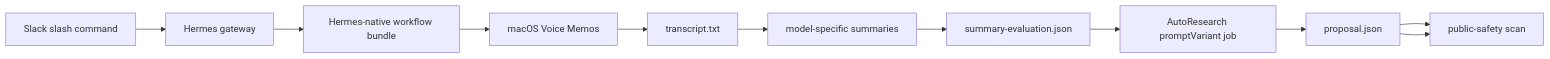
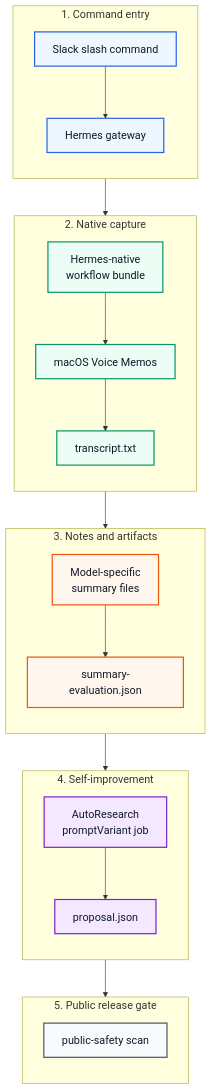
The diagram in docs/architecture.md (jbelnick/meeting-intelligence-pipelines), drawn with Mermaid before and after one commit.

Commit message:
Make system map easier to read

````diff
--- a/docs/architecture.md
+++ b/docs/architecture.md
@@ -7,13 +7,49 @@
 ```mermaid
-flowchart LR
-    Slack["Slack slash command"] --> Hermes["Hermes gateway"]
-    Hermes --> Bundle["Hermes-native workflow bundle"]
-    Bundle --> Mac["macOS Voice Memos"]
-    Mac --> Transcript["transcript.txt"]
-    Transcript --> Summaries["model-specific summaries"]
-    Summaries --> Eval["summary-evaluation.json"]
-    Eval --> Research["AutoResearch promptVariant job"]
-    Research --> Promotion["proposal.json"]
-    Promotion --> Safety["public-safety scan"]
-    Promotion --> Safety
+%%{init: {"flowchart": {"curve": "basis", "nodeSpacing": 52, "rankSpacing": 62}, "themeVariables": {"fontSize": "18px", "fontFamily": "Inter, ui-sans-serif, system-ui"}}}%%
+flowchart TB
+    subgraph Entry["1. Command entry"]
+        direction TB
+        Slack["Slack slash command"]
+        Hermes["Hermes gateway"]
+    end
+
+    subgraph Capture["2. Native capture"]
+        direction TB
+        Bundle["Hermes-native<br/>workflow bundle"]
+        Mac["macOS Voice Memos"]
+        Transcript["transcript.txt"]
+    end
+
+    subgraph Notes["3. Notes and artifacts"]
+        direction TB
+        Summaries["Model-specific<br/>summary files"]
+        Eval["summary-evaluation.json"]
+    end
+
+    subgraph Research["4. Self-improvement"]
+        direction TB
+        Job["AutoResearch<br/>promptVariant job"]
+        Proposal["proposal.json"]
+    end
+
+    subgraph Safety["5. Public release gate"]
+        direction TB
+        Scan["public-safety scan"]
+    end
+
+    Slack --> Hermes --> Bundle --> Mac --> Transcript
+    Transcript --> Summaries --> Eval
+    Eval --> Job --> Proposal --> Scan
+
+    classDef entry fill:#eef6ff,stroke:#2563eb,stroke-width:2px,color:#0f172a
+    classDef capture fill:#ecfdf5,stroke:#059669,stroke-width:2px,color:#0f172a
+    classDef notes fill:#fff7ed,stroke:#ea580c,stroke-width:2px,color:#111827
+    classDef research fill:#f3e8ff,stroke:#7e22ce,stroke-width:2px,color:#111827
+    classDef safety fill:#f8fafc,stroke:#475569,stroke-width:2px,color:#0f172a
+
+    class Slack,Hermes entry
+    class Bundle,Mac,Transcript capture
+    class Summaries,Eval notes
+    class Job,Proposal research
+    class Scan safety
 ```
````
